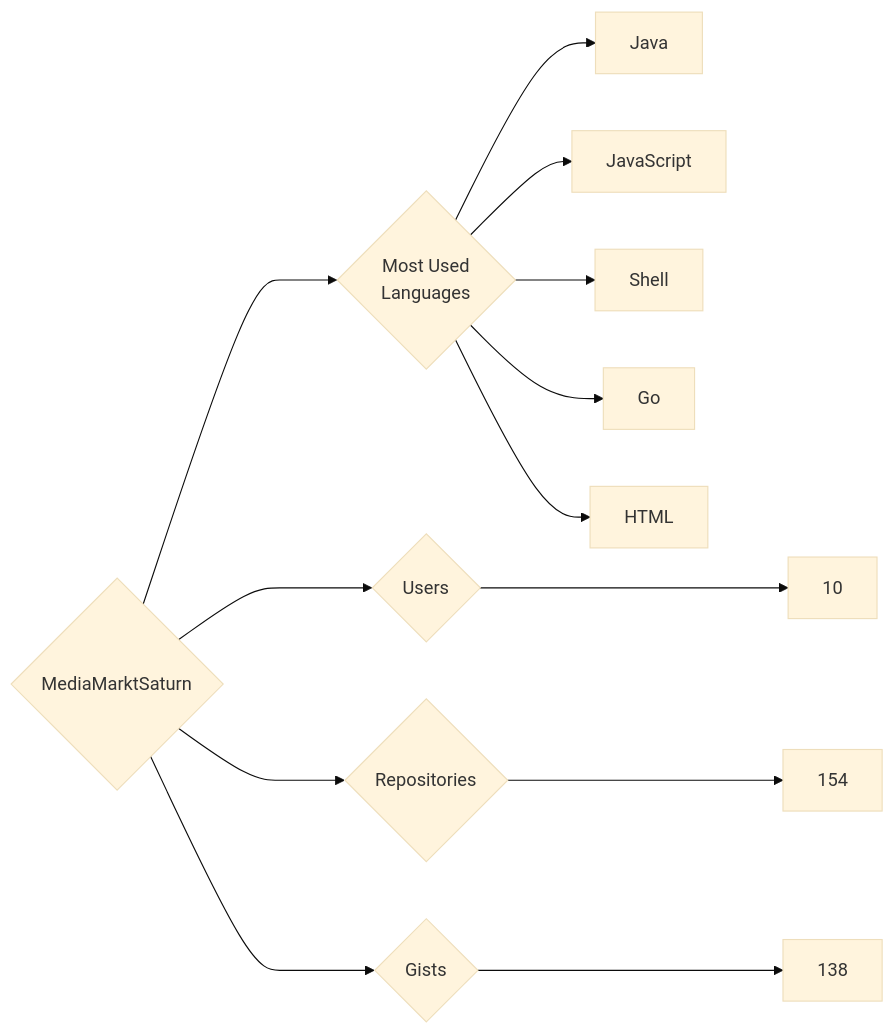
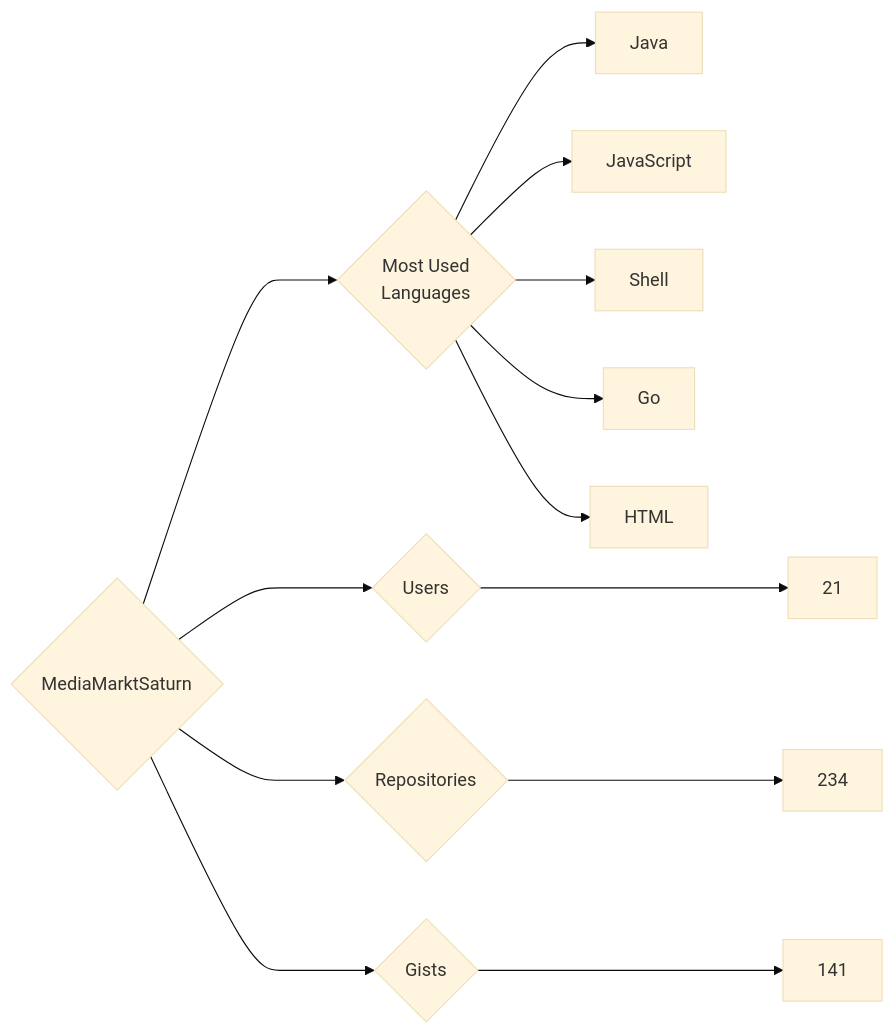
Before and after one commit to trickest/insiders: the diagram in targets/MediaMarktSaturn/README.md, drawn with Mermaid (base theme). The commit also changed 677 other files, not shown here.

````diff
--- a/targets/MediaMarktSaturn/README.md
+++ b/targets/MediaMarktSaturn/README.md
@@ -3,13 +3,13 @@
 ```mermaid
 graph LR
 COMPANY_NAME{MediaMarktSaturn}
-COMPANY_NAME ---> U{Users} ---> UN[10]
-COMPANY_NAME ---> R{Repositories} ---> RN[154]
-COMPANY_NAME ---> G{Gists} ---> GN[138]
+COMPANY_NAME ---> U{Users} ---> UN[21]
+COMPANY_NAME ---> R{Repositories} ---> RN[234]
+COMPANY_NAME ---> G{Gists} ---> GN[141]
 COMPANY_NAME ---> ML{Most Used<br>Languages}
 ML --> Java[Java]
 ML --> JavaScript[JavaScript]
 ML --> Shell[Shell]
 ML --> Go[Go]
 ML --> HTML[HTML]
 ```
````
